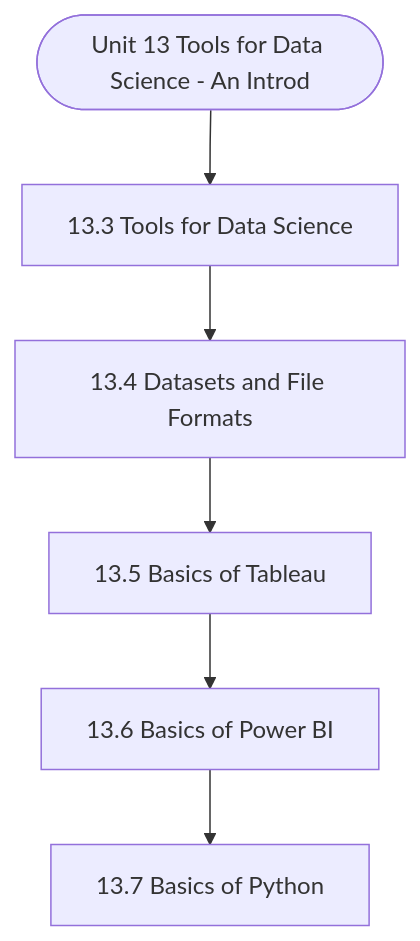
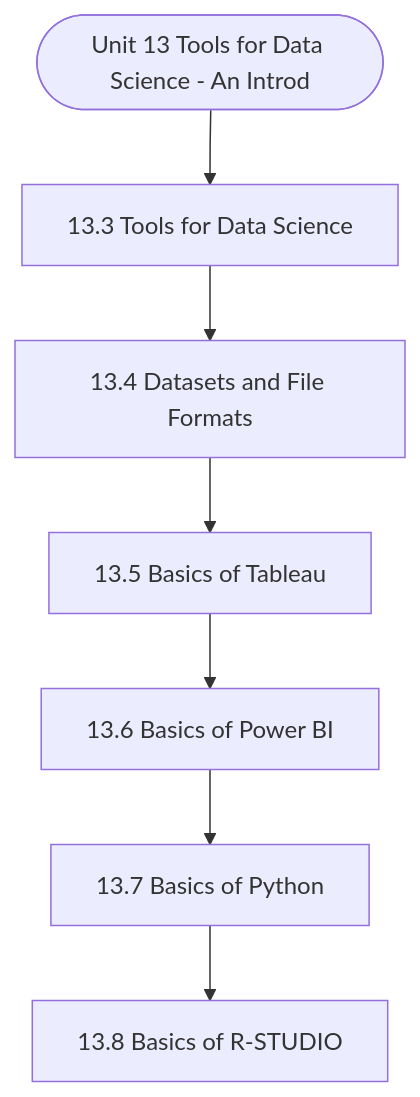
Before and after one commit to Asutosh-Coaching/mscdsa: the diagram in notes/Semester_1/MCS-062_Introduction_to_Data_Science/unit_13_Tools_for_Data_Science_-_An_Introduction.md, drawn with Mermaid. The commit also changed other lines of this file and 116 other files, not shown here.

````diff
--- a/notes/Semester_1/MCS-062_Introduction_to_Data_Science/unit_13_Tools_for_Data_Science_-_An_Introduction.md
+++ b/notes/Semester_1/MCS-062_Introduction_to_Data_Science/unit_13_Tools_for_Data_Science_-_An_Introduction.md
@@ -19,14 +19,16 @@
 ```mermaid
 flowchart TD
   Start(["Unit 13 Tools for Data Science - An Introd"])
   N1["13.3 Tools for Data Science"]
   N2["13.4 Datasets and File Formats"]
   N3["13.5 Basics of Tableau"]
   N4["13.6 Basics of Power BI"]
   N5["13.7 Basics of Python"]
+  N6["13.8 Basics of R-STUDIO"]
   Start --> N1
   N1 --> N2
   N2 --> N3
   N3 --> N4
   N4 --> N5
+  N5 --> N6
 ```
````
